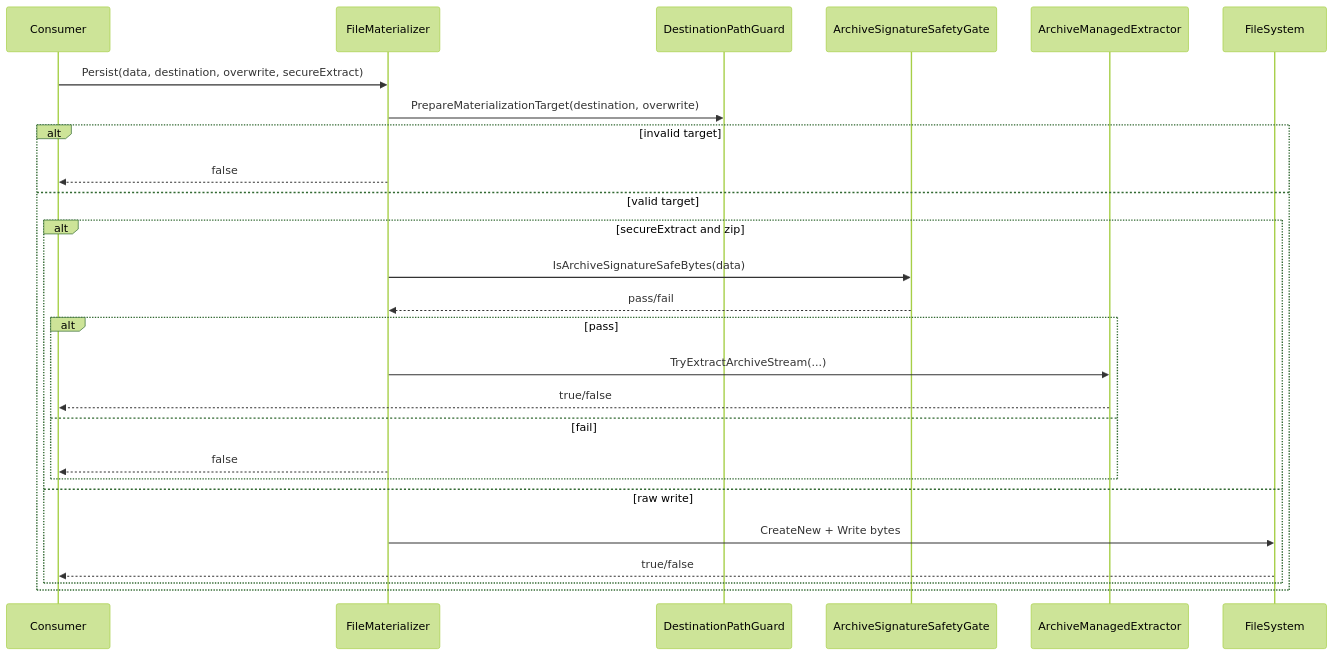
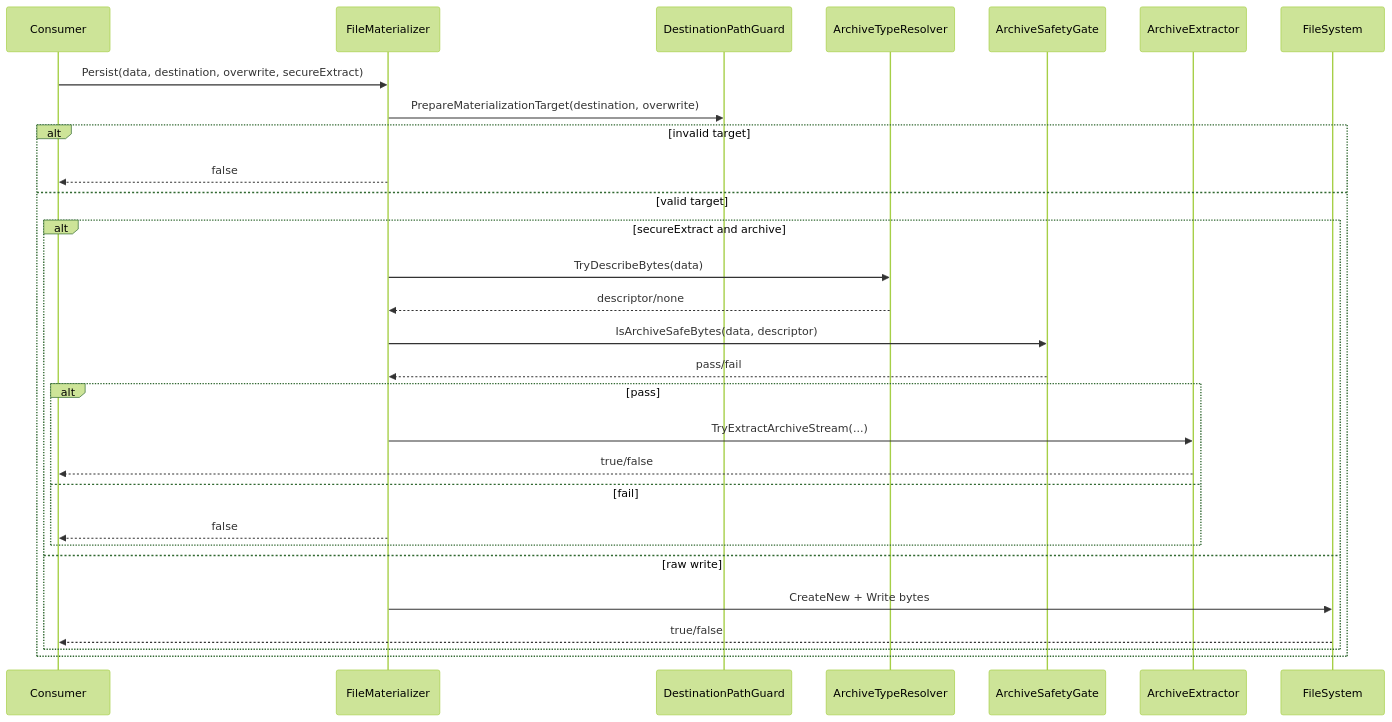
One commit to tomtastisch/FileClassifier changed the seventh of 9 diagrams in docs/02_ARCHITECTURE_AND_FLOWS.md. Above: the diagram before and after it, drawn with Mermaid (forest theme). The commit also changed other lines of this file and 10 other files, not shown here.

Commit message:
refactor: konsolidiere archive-entry flow und haerte hash optionen

````diff
--- a/docs/02_ARCHITECTURE_AND_FLOWS.md
+++ b/docs/02_ARCHITECTURE_AND_FLOWS.md
@@ -262,31 +258,34 @@
 ```mermaid
 sequenceDiagram
   participant Caller as Consumer
   participant MAT as FileMaterializer
   participant Guard as DestinationPathGuard
-  participant Gate as ArchiveSignatureSafetyGate
-  participant Extract as ArchiveManagedExtractor
+  participant Resolver as ArchiveTypeResolver
+  participant Gate as ArchiveSafetyGate
+  participant Extract as ArchiveExtractor
   participant FS as FileSystem
 
   Caller->>MAT: Persist(data, destination, overwrite, secureExtract)
   MAT->>Guard: PrepareMaterializationTarget(destination, overwrite)
 
   alt invalid target
     MAT-->>Caller: false
   else valid target
-    alt secureExtract and zip
-      MAT->>Gate: IsArchiveSignatureSafeBytes(data)
+    alt secureExtract and archive
+      MAT->>Resolver: TryDescribeBytes(data)
+      Resolver-->>MAT: descriptor/none
+      MAT->>Gate: IsArchiveSafeBytes(data, descriptor)
       Gate-->>MAT: pass/fail
 
       alt pass
         MAT->>Extract: TryExtractArchiveStream(...)
         Extract-->>Caller: true/false
       else fail
         MAT-->>Caller: false
       end
     else raw write
       MAT->>FS: CreateNew + Write bytes
       FS-->>Caller: true/false
     end
   end
 ```
````
